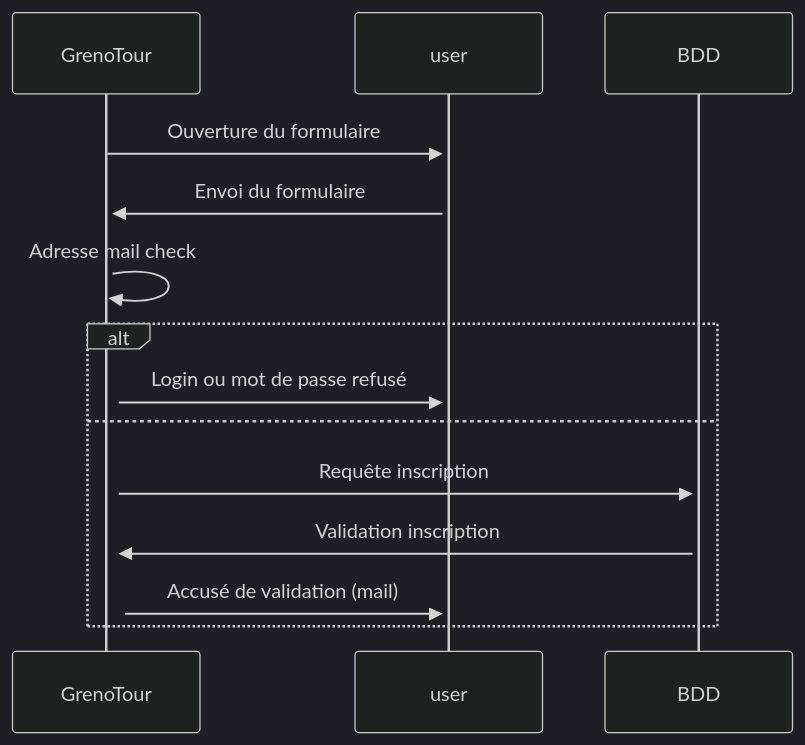
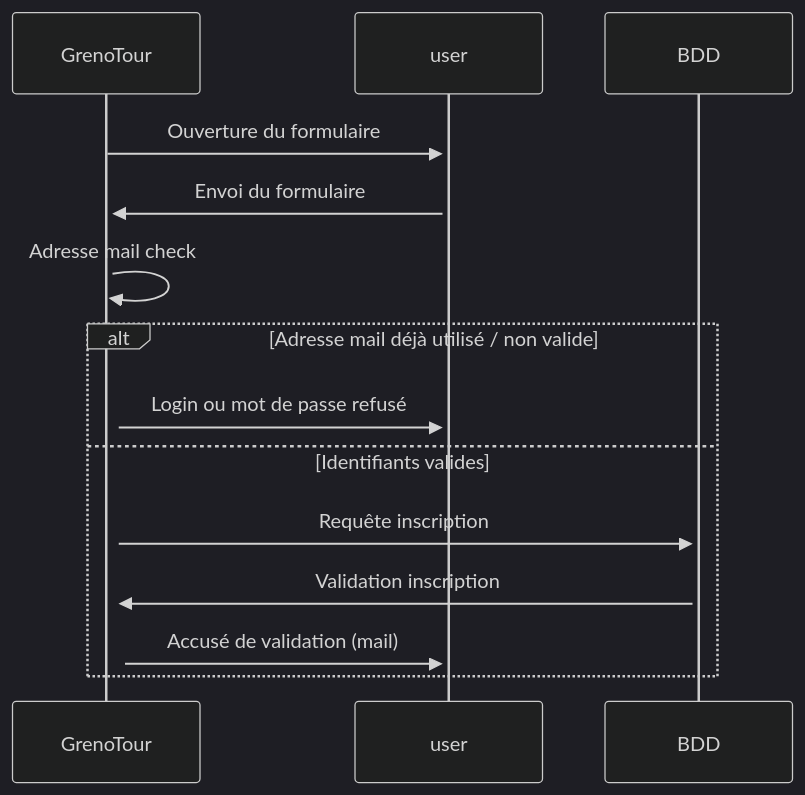
One commit to Calanfive/docs_Grenotour changed the second of 3 diagrams in diagramm_sequence.md. Above: the diagram before and after it, drawn with Mermaid (dark theme). The commit also changed other lines of this file, not shown here.

````diff
--- a/diagramm_sequence.md
+++ b/diagramm_sequence.md
@@ -20,13 +20,13 @@
 ```mermaid
 sequenceDiagram
     GrenoTour->>+user: Ouverture du formulaire
     user->>+GrenoTour: Envoi du formulaire
     GrenoTour->>+GrenoTour: Adresse mail check
-    alt
+    alt Adresse mail déjà utilisé / non valide
         GrenoTour->>+user: Login ou mot de passe refusé 
-    else
+    else Identifiants valides
         GrenoTour->>+BDD: Requête inscription
     BDD->>+GrenoTour: Validation inscription
     GrenoTour->>+user: Accusé de validation (mail)
     end
 ```
````
